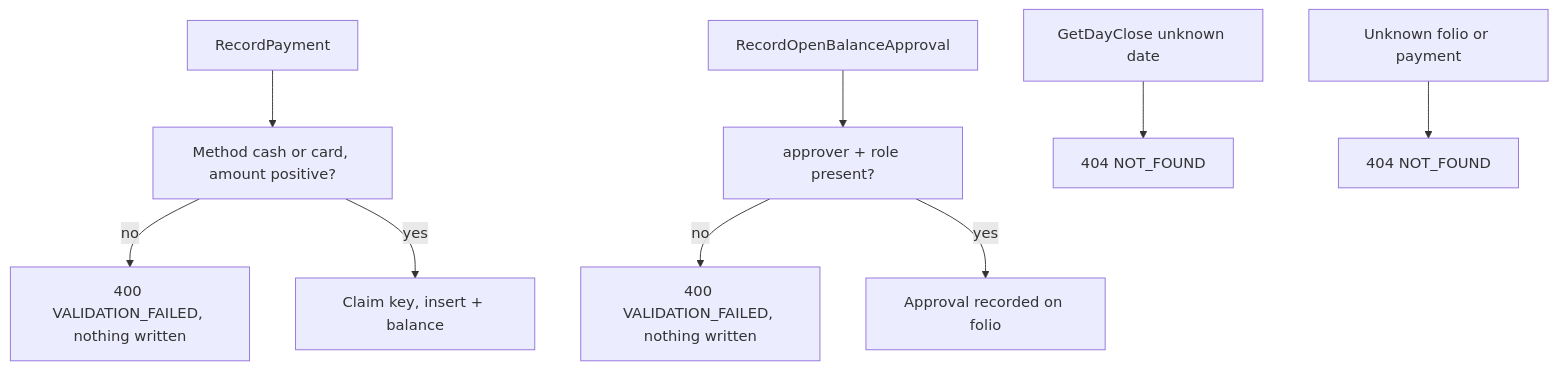
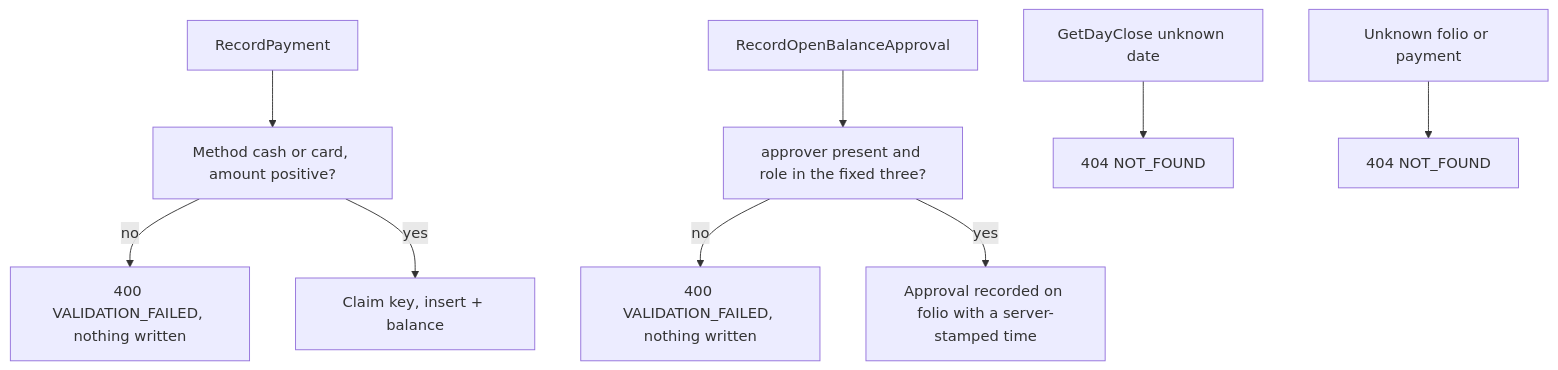
One commit to MingChen1501/hotel-mgmt changed the second of 2 diagrams in docs/architecture/services/billing.md. Above: the diagram before and after it, drawn with Mermaid. The commit also changed other lines of this file and 31 other files, not shown here.

````diff
--- a/docs/architecture/services/billing.md
+++ b/docs/architecture/services/billing.md
@@ -51,11 +51,11 @@
 ```mermaid
 flowchart TD
     P[RecordPayment] --> M[Method cash or card, amount positive?]
     M -->|no| R400[400 VALIDATION_FAILED, nothing written]
     M -->|yes| K[Claim key, insert + balance]
-    Q[RecordOpenBalanceApproval] --> W[approver + role present?]
+    Q[RecordOpenBalanceApproval] --> W[approver present and role in the fixed three?]
     W -->|no| R400b[400 VALIDATION_FAILED, nothing written]
-    W -->|yes| X[Approval recorded on folio]
+    W -->|yes| X[Approval recorded on folio with a server-stamped time]
     Y[GetDayClose unknown date] --> R404[404 NOT_FOUND]
     Z[Unknown folio or payment] --> R404b[404 NOT_FOUND]
 ```
````
